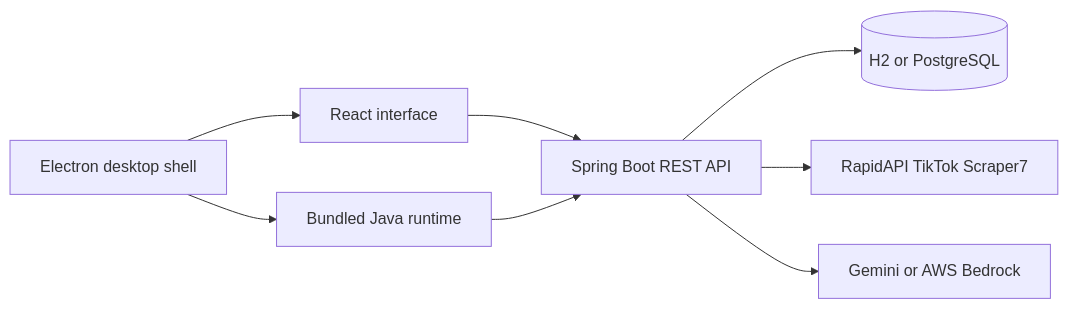
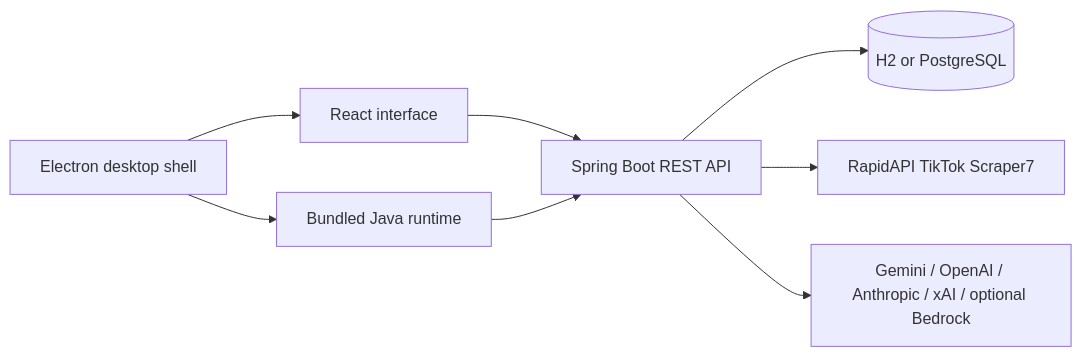
One commit to TonyDuongg/tiktok-content-intelligence changed the diagram in docs/architecture/ARCHITECTURE.md. Above: the diagram before and after it, drawn with Mermaid. The commit also changed other lines of this file and 43 other files, not shown here.

````diff
--- a/docs/architecture/ARCHITECTURE.md
+++ b/docs/architecture/ARCHITECTURE.md
@@ -5,10 +5,10 @@
 ```mermaid
 flowchart LR
     UI[React interface] --> API[Spring Boot REST API]
     API --> DB[(H2 or PostgreSQL)]
     API --> Scraper[RapidAPI TikTok Scraper7]
-    API --> AI[Gemini or AWS Bedrock]
+    API --> AI[Gemini / OpenAI / Anthropic / xAI / optional Bedrock]
     Desktop[Electron desktop shell] --> UI
     Desktop --> Runtime[Bundled Java runtime]
     Runtime --> API
 ```
````
